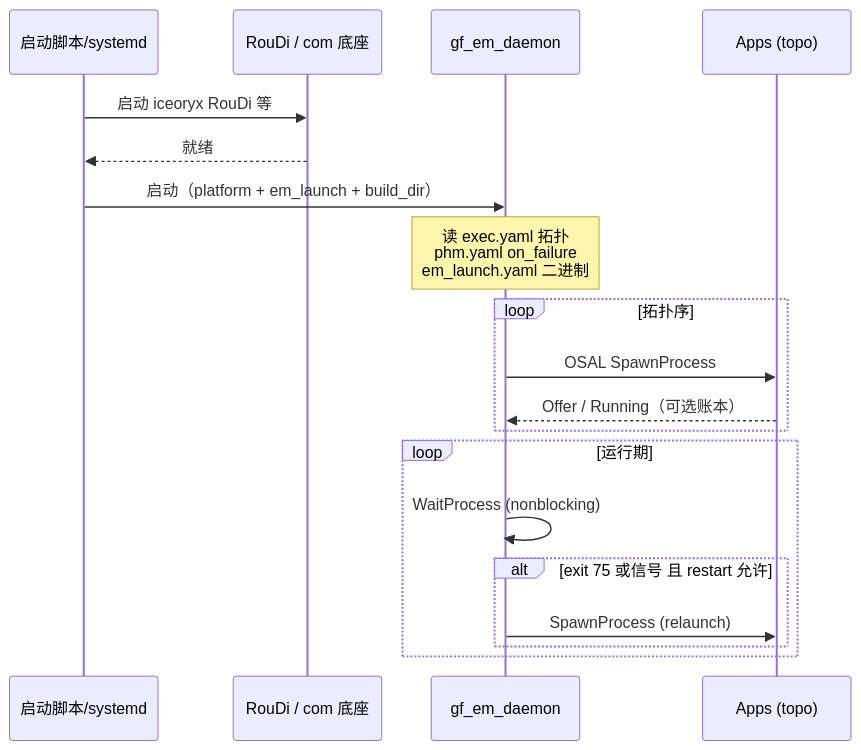
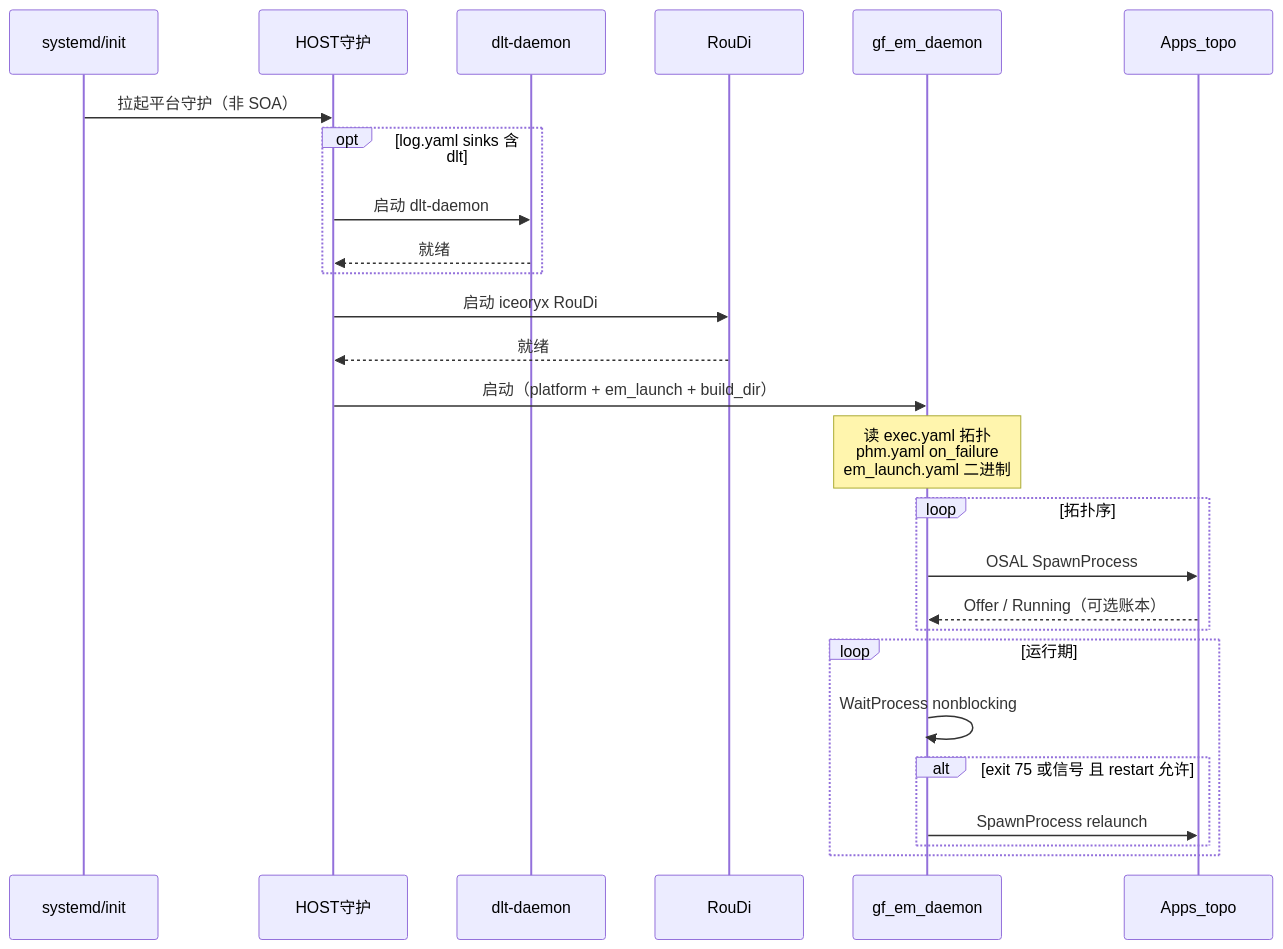
The diagram in docs/zh/architecture/DESIGN.md (xinyu2004/AI_Giraffe-Flow), drawn with Mermaid before and after one commit. The commit also changed other lines of this file and 54 other files, not shown here.

Commit message:
implement DLT（Diagnostic Log and Trace）

````diff
--- a/docs/zh/architecture/DESIGN.md
+++ b/docs/zh/architecture/DESIGN.md
@@ -226,22 +226,29 @@
 ```mermaid
 sequenceDiagram
-  participant Host as 启动脚本/systemd
-  participant Com as RouDi / com 底座
+  participant Init as systemd/init
+  participant Host as HOST守护
+  participant Dlt as dlt-daemon
+  participant Com as RouDi
   participant EM as gf_em_daemon
-  participant App as Apps (topo)
+  participant App as Apps_topo
 
-  Host->>Com: 启动 iceoryx RouDi 等
+  Init->>Host: 拉起平台守护（非 SOA）
+  opt log.yaml sinks 含 dlt
+    Host->>Dlt: 启动 dlt-daemon
+    Dlt-->>Host: 就绪
+  end
+  Host->>Com: 启动 iceoryx RouDi
   Com-->>Host: 就绪
   Host->>EM: 启动（platform + em_launch + build_dir）
   Note over EM: 读 exec.yaml 拓扑<br/>phm.yaml on_failure<br/>em_launch.yaml 二进制
   loop 拓扑序
     EM->>App: OSAL SpawnProcess
     App-->>EM: Offer / Running（可选账本）
   end
   loop 运行期
-    EM->>EM: WaitProcess (nonblocking)
+    EM->>EM: WaitProcess nonblocking
     alt exit 75 或信号 且 restart 允许
-      EM->>App: SpawnProcess (relaunch)
+      EM->>App: SpawnProcess relaunch
     end
   end
 ```
````
